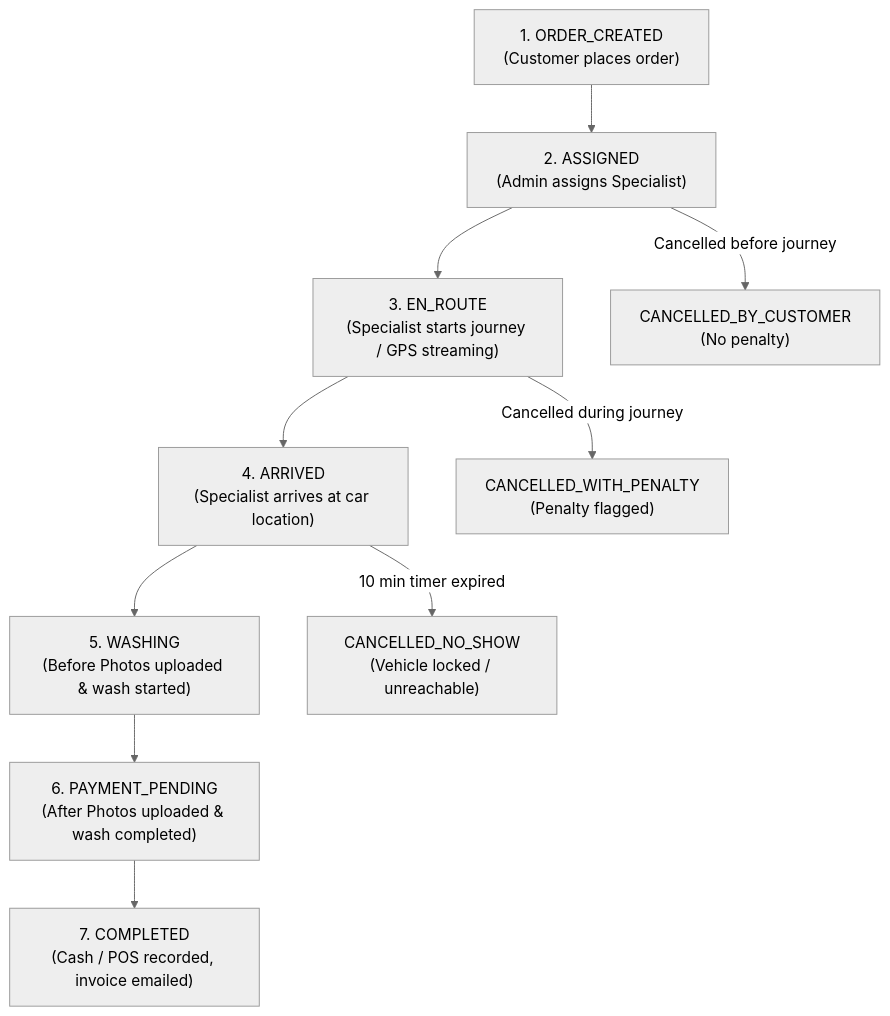
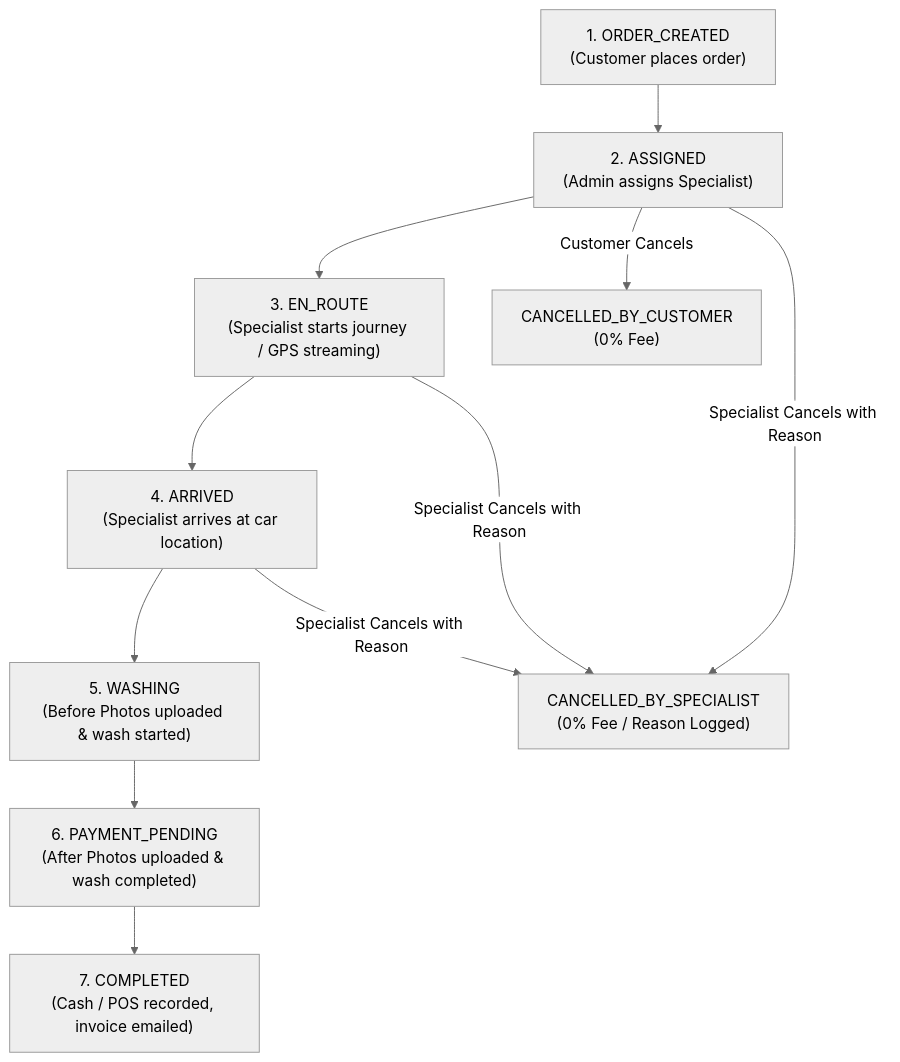
One commit to fsdevriver/800-doc changed the third of 3 diagrams in docs/business/ordering-scheduling.md. Above: the diagram before and after it, drawn with Mermaid (neutral theme). The commit also changed 6 other files, not shown here.

````diff
--- a/docs/business/ordering-scheduling.md
+++ b/docs/business/ordering-scheduling.md
@@ -76,13 +76,14 @@
 ```mermaid
 graph TD
     OC["1. ORDER_CREATED<br/>(Customer places order)"] --> AS["2. ASSIGNED<br/>(Admin assigns Specialist)"]
     AS --> ER["3. EN_ROUTE<br/>(Specialist starts journey / GPS streaming)"]
     ER --> AR["4. ARRIVED<br/>(Specialist arrives at car location)"]
     AR --> WS["5. WASHING<br/>(Before Photos uploaded & wash started)"]
     WS --> PP["6. PAYMENT_PENDING<br/>(After Photos uploaded & wash completed)"]
     PP --> CP["7. COMPLETED<br/>(Cash / POS recorded, invoice emailed)"]
 
-    AS -->|Cancelled before journey| CC["CANCELLED_BY_CUSTOMER<br/>(No penalty)"]
-    ER -->|Cancelled during journey| CPEN["CANCELLED_WITH_PENALTY<br/>(Penalty flagged)"]
-    AR -->|10 min timer expired| CNOT["CANCELLED_NO_SHOW<br/>(Vehicle locked / unreachable)"]
+    AS -->|Customer Cancels| CC["CANCELLED_BY_CUSTOMER<br/>(0% Fee)"]
+    AS -->|Specialist Cancels with Reason| CS["CANCELLED_BY_SPECIALIST<br/>(0% Fee / Reason Logged)"]
+    ER -->|Specialist Cancels with Reason| CS
+    AR -->|Specialist Cancels with Reason| CS
 ```
````
